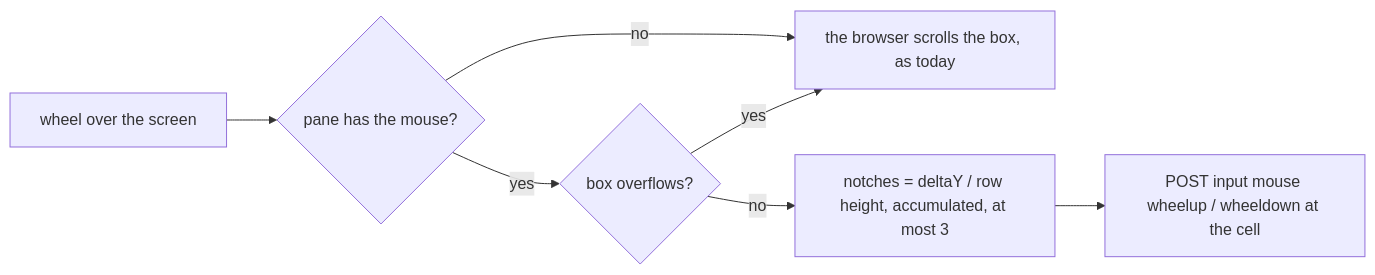
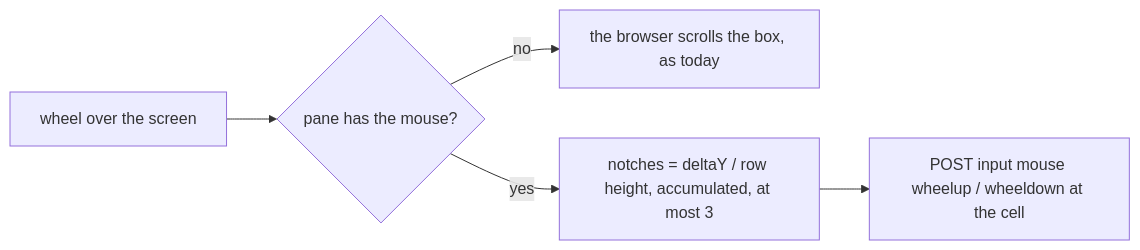
Before and after one commit to notmarkopadjen/muxway: the diagram in docs/plans/2026-10-24-scrolling.md, drawn with Mermaid. The commit also changed other lines of this file and 15 other files, not shown here.

````diff
--- a/docs/plans/2026-10-24-scrolling.md
+++ b/docs/plans/2026-10-24-scrolling.md
@@ -36,9 +36,7 @@
 ```mermaid
 flowchart LR
     W[wheel over the screen] --> M{pane has the mouse?}
     M -- no --> B[the browser scrolls the box, as today]
-    M -- yes --> O{box overflows?}
-    O -- yes --> B
-    O -- no --> N[notches = deltaY / row height, accumulated, at most 3]
+    M -- yes --> N[notches = deltaY / row height, accumulated, at most 3]
     N --> S[POST input mouse wheelup / wheeldown at the cell]
 ```
````
